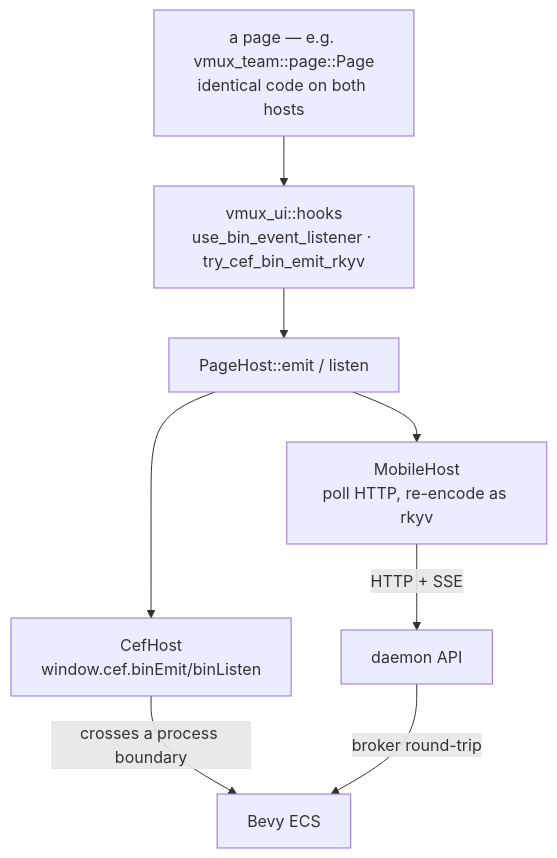
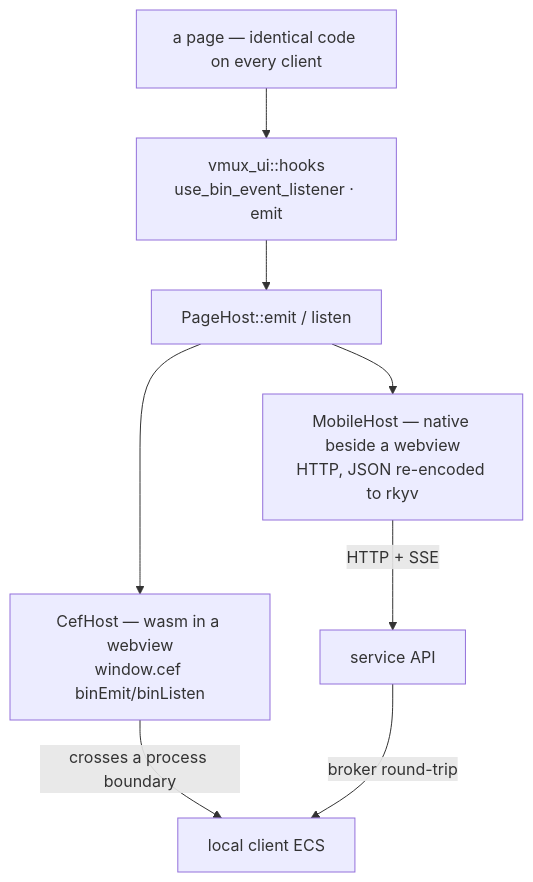
The second of 2 diagrams in docs/architecture/topology.md (vmux-ai/vmux), drawn with Mermaid before and after one commit. The commit also changed other lines of this file and 2 other files, not shown here.

First line of the commit message:
docs: describe vmux as one service with many clients

````diff
--- a/docs/architecture/topology.md
+++ b/docs/architecture/topology.md
@@ -79,15 +58,15 @@
 ```mermaid
 flowchart TB
-    page["a page — e.g. vmux_team::page::Page<br/>identical code on both hosts"]
-    hooks["vmux_ui::hooks<br/>use_bin_event_listener · try_cef_bin_emit_rkyv"]
+    page["a page — identical code on every client"]
+    hooks["vmux_ui::hooks<br/>use_bin_event_listener · emit"]
     trait["PageHost::emit / listen"]
 
     page --> hooks --> trait
 
-    trait --> cefhost["CefHost<br/>window.cef.binEmit/binListen"]
-    trait --> mobilehost["MobileHost<br/>poll HTTP, re-encode as rkyv"]
+    trait --> cefhost["CefHost — wasm in a webview<br/>window.cef binEmit/binListen"]
+    trait --> remotehost["MobileHost — native beside a webview<br/>HTTP, JSON re-encoded to rkyv"]
 
-    cefhost -->|"crosses a process boundary"| bevy["Bevy ECS"]
-    mobilehost -->|"HTTP + SSE"| daemon2["daemon API"]
-    daemon2 -->|"broker round-trip"| bevy
+    cefhost -->|"crosses a process boundary"| ecs["local client ECS"]
+    remotehost -->|"HTTP + SSE"| service["service API"]
+    service -->|"broker round-trip"| ecs
 ```
````
